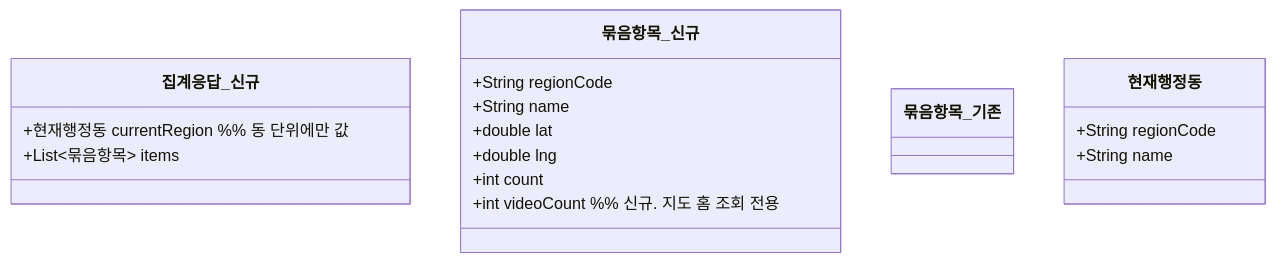
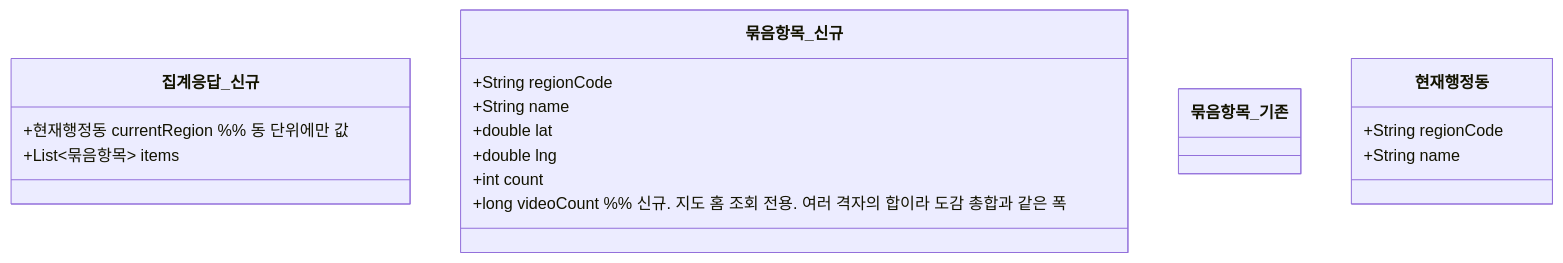
One commit to ASM-MSG/BE changed the second of 2 diagrams in docs/prd/MSG-374-prd.md. Above: the diagram before and after it, drawn with Mermaid. The commit also changed other lines of this file, not shown here.

````diff
--- a/docs/prd/MSG-374-prd.md
+++ b/docs/prd/MSG-374-prd.md
@@ -68,22 +69,22 @@
 ```mermaid
 classDiagram
     class 집계응답_신규 {
         +현재행정동 currentRegion  %% 동 단위에만 값
         +List~묶음항목~ items
     }
     class 묶음항목_신규 {
         +String regionCode
         +String name
         +double lat
         +double lng
         +int count
-        +int videoCount  %% 신규. 지도 홈 조회 전용
+        +long videoCount  %% 신규. 지도 홈 조회 전용. 여러 격자의 합이라 도감 총합과 같은 폭
     }
     class 묶음항목_기존 {
         %% 친구 집계가 계속 쓰는 타입. 필드 불변
     }
     class 현재행정동 {
         +String regionCode
         +String name
     }
 ```
````
